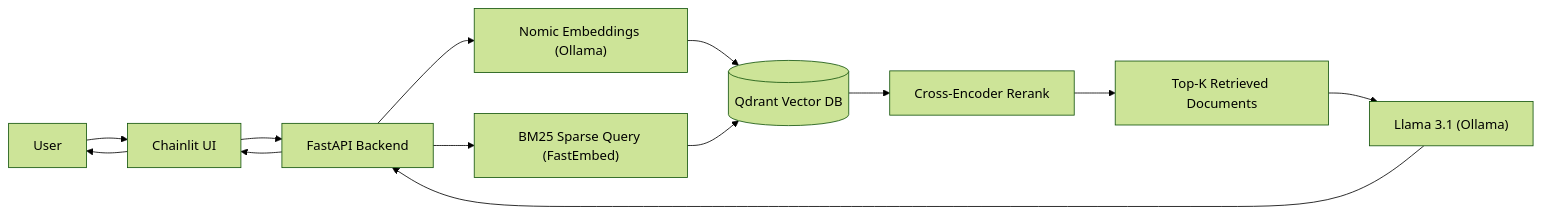
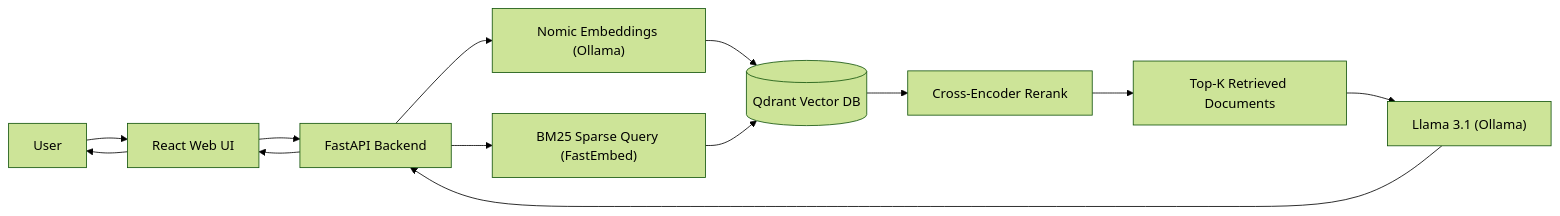
One commit to tanguy-a-dev/movies-rag changed the second of 2 diagrams in README.md. Above: the diagram before and after it, drawn with Mermaid (forest theme). The commit also changed other lines of this file and 29 other files, not shown here.

````diff
--- a/README.md
+++ b/README.md
@@ -50,19 +51,19 @@
 ```mermaid
 flowchart LR
 
-User --> Chainlit[Chainlit UI]
-Chainlit --> FastAPI[FastAPI Backend]
+User --> Web[React Web UI]
+Web --> FastAPI[FastAPI Backend]
 
 FastAPI --> NomicEmbed["Nomic Embeddings (Ollama)"]
 FastAPI --> BM25["BM25 Sparse Query (FastEmbed)"]
 NomicEmbed --> Qdrant[(Qdrant Vector DB)]
 BM25 --> Qdrant
 
 Qdrant --> Rerank["Cross-Encoder Rerank"]
 Rerank --> Context[Top-K Retrieved Documents]
 
 Context --> Llama["Llama 3.1 (Ollama)"]
 Llama --> FastAPI
 
-FastAPI --> Chainlit --> User
+FastAPI --> Web --> User
 ```
````
